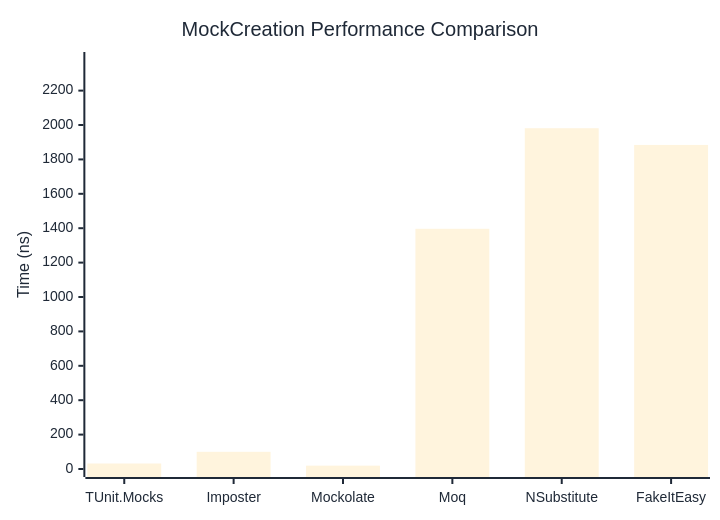
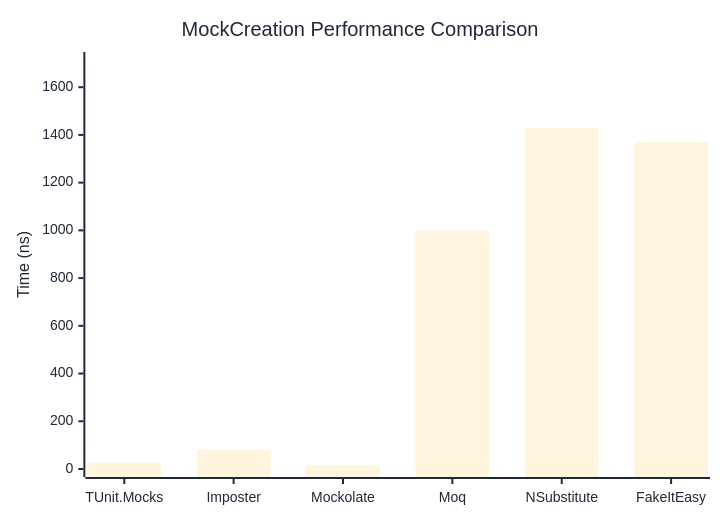
One commit to thomhurst/TUnit changed the first of 2 diagrams in docs/docs/benchmarks/mocks/MockCreation.md. Above: the diagram before and after it, drawn with Mermaid. The commit also changed other lines of this file and 14 other files, not shown here.

````diff
--- a/docs/docs/benchmarks/mocks/MockCreation.md
+++ b/docs/docs/benchmarks/mocks/MockCreation.md
@@ -30,27 +30,27 @@
 ```mermaid
 %%{init: {
   'theme':'base',
   'themeVariables': {
     'primaryColor': '#2563eb',
     'primaryTextColor': '#1f2937',
     'primaryBorderColor': '#1e40af',
     'lineColor': '#6b7280',
     'secondaryColor': '#7c3aed',
     'tertiaryColor': '#dc2626',
     'background': '#ffffff',
     'pie1': '#2563eb',
     'pie2': '#7c3aed',
     'pie3': '#dc2626',
     'pie4': '#f59e0b',
     'pie5': '#10b981',
     'pie6': '#06b6d4',
     'pie7': '#ec4899',
     'pie8': '#6366f1'
   }
 }}%%
 xychart-beta
   title "MockCreation Performance Comparison"
   x-axis ["TUnit.Mocks", "Imposter", "Mockolate", "Moq", "NSubstitute", "FakeItEasy"]
-  y-axis "Time (ns)" 0 --> 2378
-  bar [32, 99.84, 19.45, 1396.66, 1981.38, 1884.17]
+  y-axis "Time (ns)" 0 --> 1714
+  bar [25.97, 79.1, 15.38, 999.47, 1428.16, 1369.49]
 ```
````
